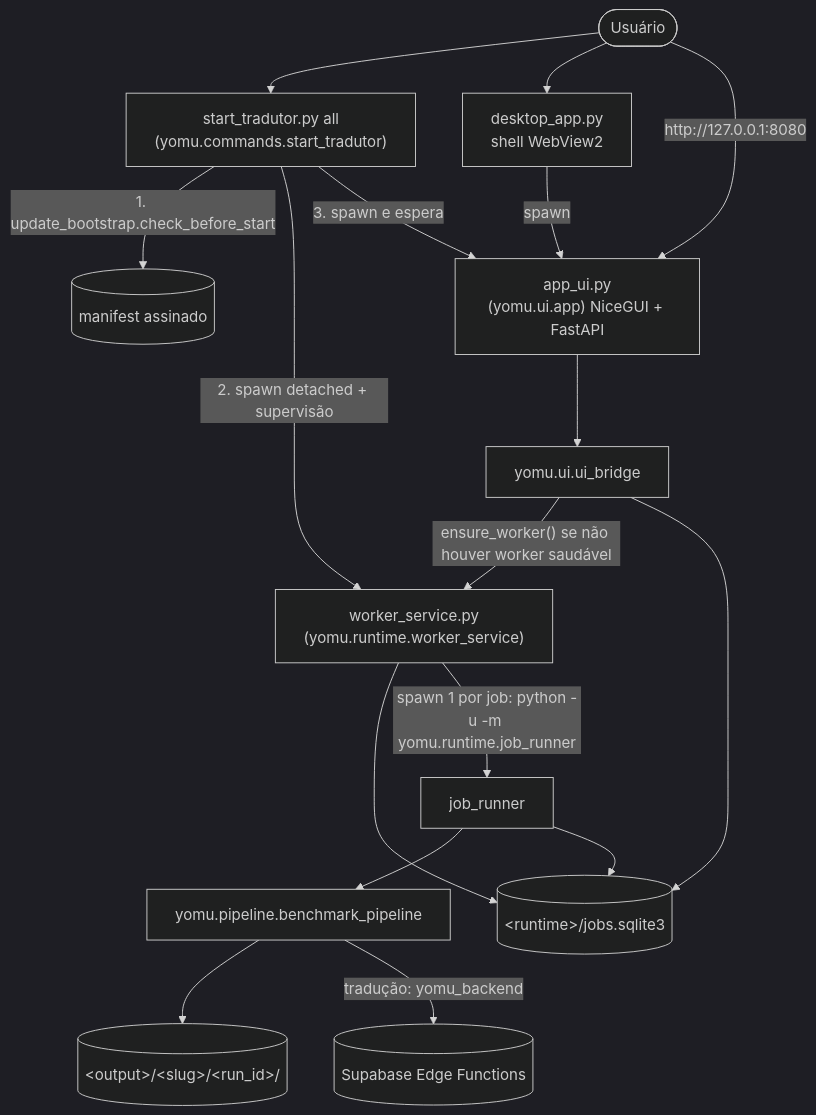
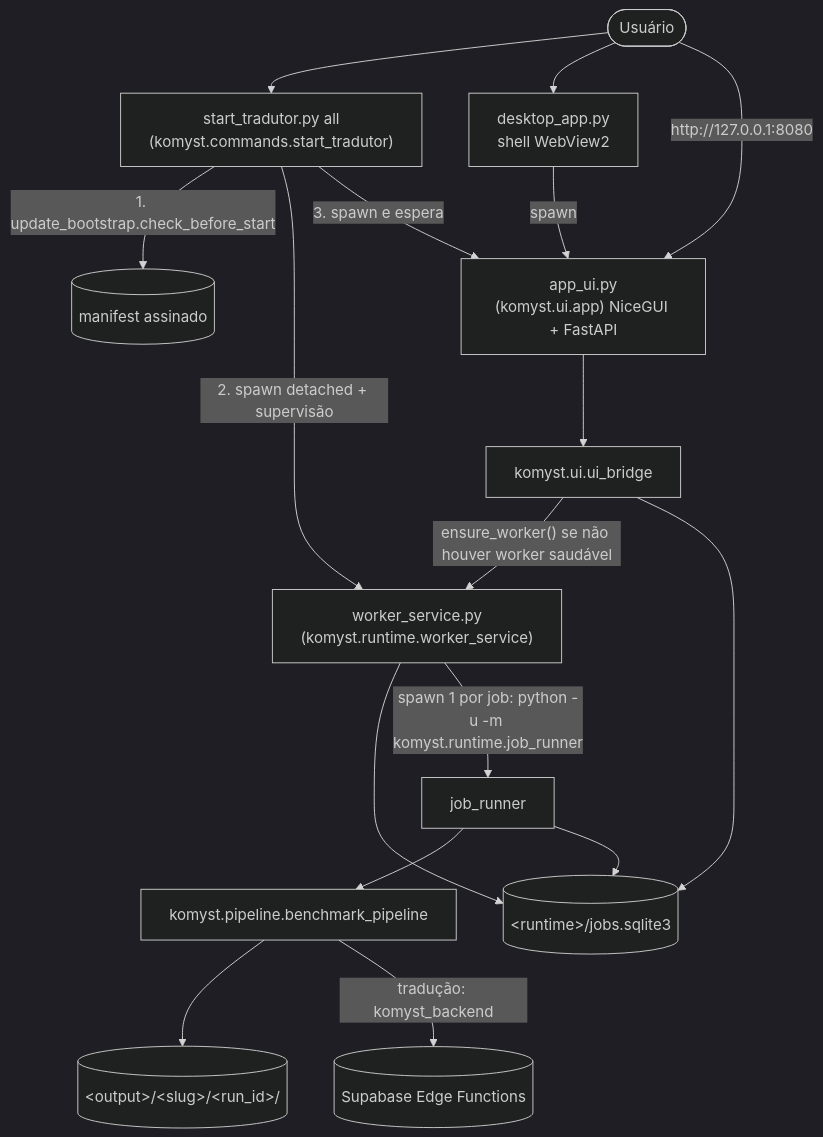
Before and after one commit to HenriquePvAr/Yomu-Sekai: the first of 17 diagrams in docs/technical/DOCUMENTACAO_TECNICA.md, drawn with Mermaid (dark theme). The commit also changed other lines of this file and 49 other files, not shown here.

````diff
--- a/docs/technical/DOCUMENTACAO_TECNICA.md
+++ b/docs/technical/DOCUMENTACAO_TECNICA.md
@@ -193,19 +192,19 @@
 ```mermaid
 flowchart TD
-    U([Usuário]) --> L["start_tradutor.py all<br/>(yomu.commands.start_tradutor)"]
+    U([Usuário]) --> L["start_tradutor.py all<br/>(komyst.commands.start_tradutor)"]
     U --> D["desktop_app.py<br/>shell WebView2"]
     L -->|"1. update_bootstrap.check_before_start"| UPD[(manifest assinado)]
-    L -->|"2. spawn detached + supervisão"| W["worker_service.py<br/>(yomu.runtime.worker_service)"]
-    L -->|"3. spawn e espera"| UI["app_ui.py<br/>(yomu.ui.app) NiceGUI + FastAPI"]
+    L -->|"2. spawn detached + supervisão"| W["worker_service.py<br/>(komyst.runtime.worker_service)"]
+    L -->|"3. spawn e espera"| UI["app_ui.py<br/>(komyst.ui.app) NiceGUI + FastAPI"]
     D -->|spawn| UI
     U -->|"http://127.0.0.1:8080"| UI
-    UI --> B["yomu.ui.ui_bridge"]
+    UI --> B["komyst.ui.ui_bridge"]
     B -->|"ensure_worker() se não houver worker saudável"| W
     B --> DB[("&lt;runtime&gt;/jobs.sqlite3")]
     W --> DB
-    W -->|"spawn 1 por job: python -u -m yomu.runtime.job_runner"| R[job_runner]
-    R --> P["yomu.pipeline.benchmark_pipeline"]
+    W -->|"spawn 1 por job: python -u -m komyst.runtime.job_runner"| R[job_runner]
+    R --> P["komyst.pipeline.benchmark_pipeline"]
     P --> O[("&lt;output&gt;/&lt;slug&gt;/&lt;run_id&gt;/")]
-    P -->|"tradução: yomu_backend"| SB[(Supabase Edge Functions)]
+    P -->|"tradução: komyst_backend"| SB[(Supabase Edge Functions)]
     R --> DB
 ```
````
